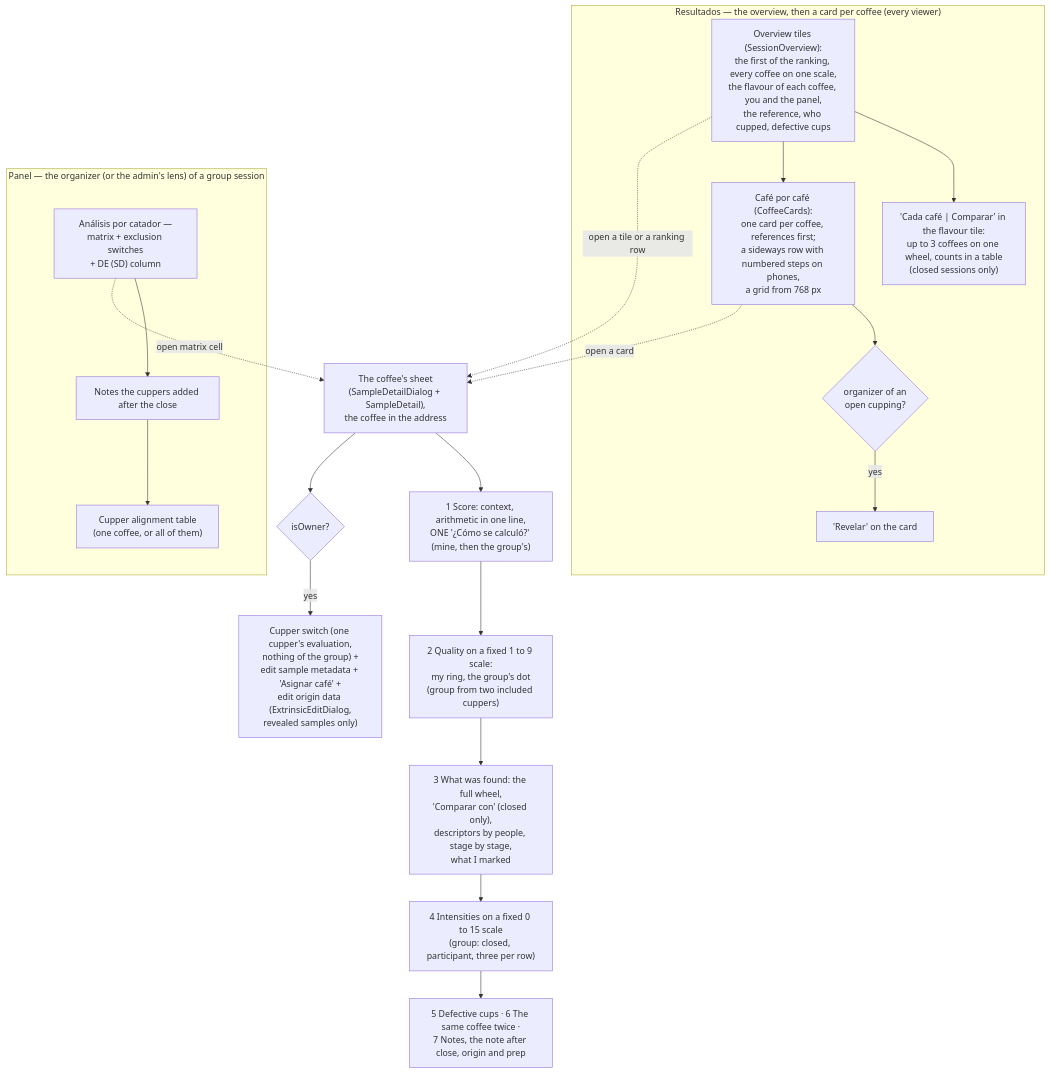
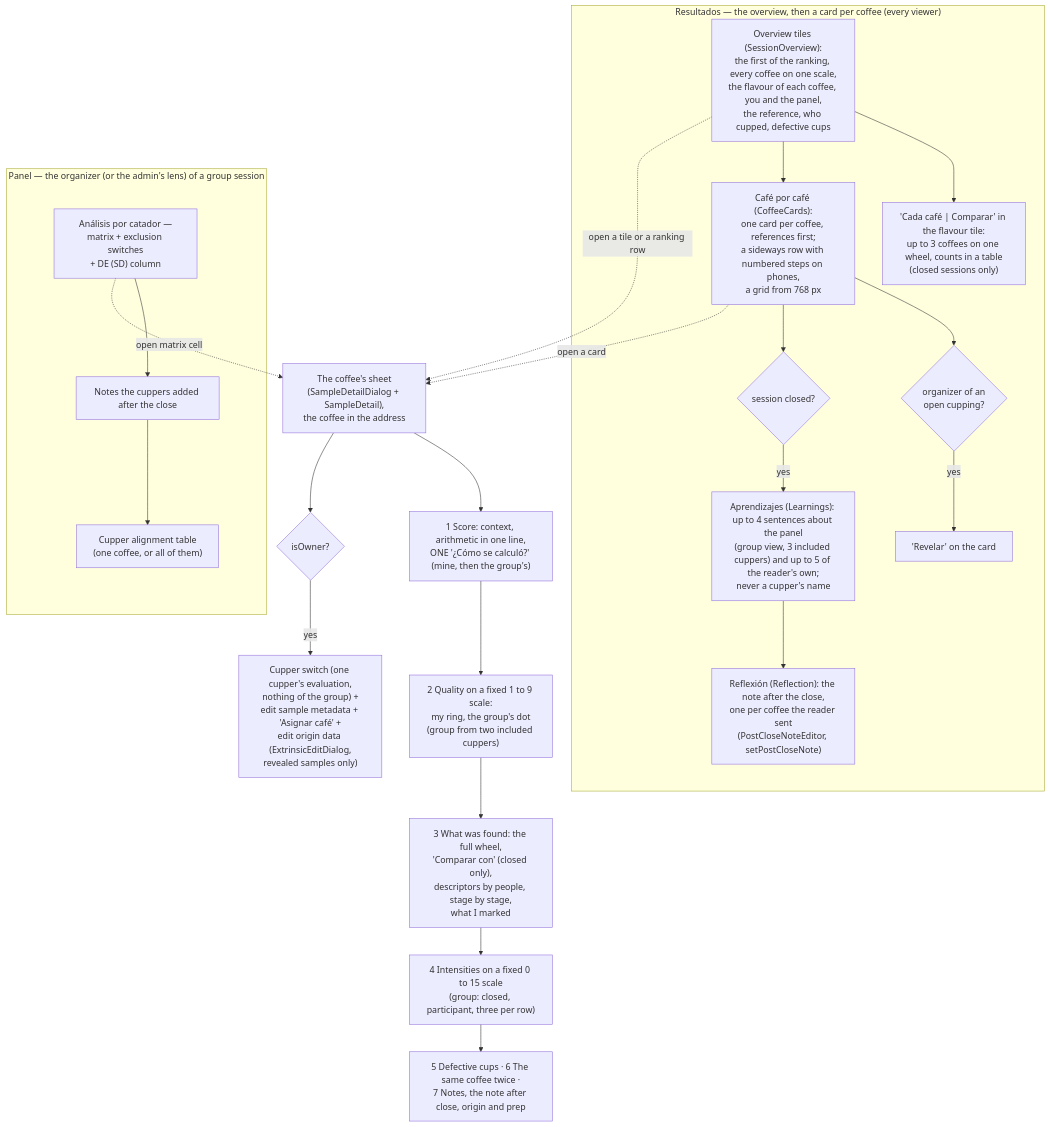
Diagram 16 of 22 in docs/flows.md (ricardovelezd27/cata-cafe), drawn with Mermaid before and after one commit. The commit also changed other lines of this file and 16 other files, not shown here.

First line of the commit message:
R4b: "Aprendizajes" and the reflection on the results page

````diff
--- a/docs/flows.md
+++ b/docs/flows.md
@@ -1201,35 +1209,41 @@
 ```mermaid
 flowchart TD
     subgraph T1 ["Resultados — the overview, then a card per coffee (every viewer)"]
         R1["Overview tiles (SessionOverview):\nthe first of the ranking, every coffee on one scale,\nthe flavour of each coffee, you and the panel,\nthe reference, who cupped, defective cups"]
         R1b["'Cada café | Comparar' in the flavour tile:\nup to 3 coffees on one wheel, counts in a table\n(closed sessions only)"]
         R2["Café por café (CoffeeCards):\none card per coffee, references first;\na sideways row with numbered steps on phones,\na grid from 768 px"]
         R2o{"organizer of an\nopen cupping?"}
         R2r["'Revelar' on the card"]
+        R4{"session closed?"}
+        R4l["Aprendizajes (Learnings): up to 4 sentences about the panel\n(group view, 3 included cuppers) and up to 5 of the reader's own;\nnever a cupper's name"]
+        R4r["Reflexión (Reflection): the note after the close,\none per coffee the reader sent\n(PostCloseNoteEditor, setPostCloseNote)"]
         R1 --> R1b
         R1 --> R2
         R2 --> R2o
         R2o -- yes --> R2r
+        R2 --> R4
+        R4 -- yes --> R4l
+        R4l --> R4r
     end
 
     subgraph T2 ["Panel — the organizer (or the admin's lens) of a group session"]
         S3["Análisis por catador —\nmatrix + exclusion switches\n+ DE (SD) column"]
         S4["Notes the cuppers added after the close"]
         S5["Cupper alignment table\n(one coffee, or all of them)"]
         S3 --> S4
         S4 --> S5
     end
 
     R1 -.->|open a tile or a ranking row| DET
     R2 -.->|open a card| DET
     S3 -.->|open matrix cell| DET
 
     DET["The coffee's sheet\n(SampleDetailDialog + SampleDetail),\nthe coffee in the address"]
     DET --> SH1["1 Score: context, arithmetic in one line,\nONE '¿Cómo se calculó?' (mine, then the group's)"]
     SH1 --> SH2["2 Quality on a fixed 1 to 9 scale:\nmy ring, the group's dot\n(group from two included cuppers)"]
     SH2 --> SH3["3 What was found: the full wheel,\n'Comparar con' (closed only),\ndescriptors by people, stage by stage,\nwhat I marked"]
     SH3 --> SH4["4 Intensities on a fixed 0 to 15 scale\n(group: closed, participant, three per row)"]
     SH4 --> SH5["5 Defective cups · 6 The same coffee twice ·\n7 Notes, the note after close, origin and prep"]
     DET --> DETOWNER{"isOwner?"}
     DETOWNER -- yes --> DETX["Cupper switch (one cupper's evaluation,\nnothing of the group) +\nedit sample metadata + 'Asignar café' +\nedit origin data (ExtrinsicEditDialog,\nrevealed samples only)"]
 ```
````
